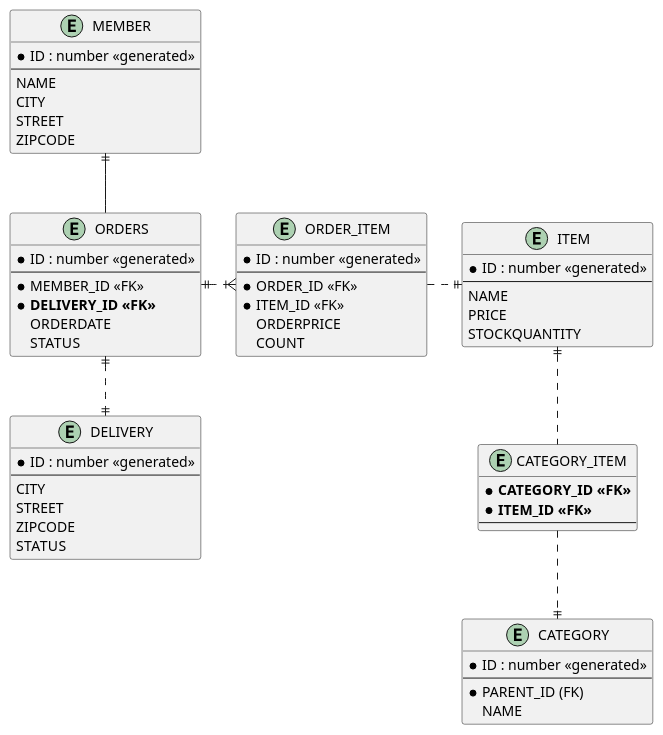
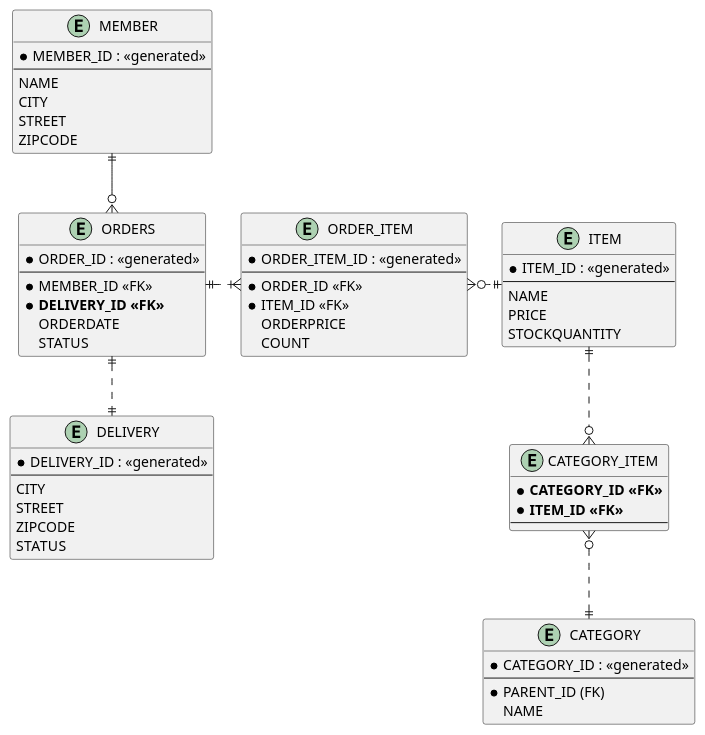
Before and after one commit to chulgil/jpastart: the diagram in ERD.puml, drawn with PlantUML. The commit also changed 3 other files, not shown here.

```diff
--- a/ERD.puml
+++ b/ERD.puml
@@ -1,66 +1,66 @@
 @startuml
 ENTITY MEMBER {
-    * ID : number <<generated>>
+    * MEMBER_ID : <<generated>>
     --
     NAME
     CITY
     STREET
     ZIPCODE
 }
 
 ENTITY ORDERS {
-    * ID : number <<generated>>
+    * ORDER_ID : <<generated>>
     --
     * MEMBER_ID <<FK>>
     * **DELIVERY_ID <<FK>>**
     ORDERDATE
     STATUS
 }
 
 ENTITY DELIVERY {
-    * ID : number <<generated>>
+    * DELIVERY_ID : <<generated>>
     --
     CITY
     STREET
     ZIPCODE
     STATUS
 }
 
 ENTITY ORDER_ITEM {
-    * ID : number <<generated>>
+    * ORDER_ITEM_ID : <<generated>>
     --
     * ORDER_ID <<FK>>
     * ITEM_ID <<FK>>
     ORDERPRICE
     COUNT
 }
 
 ENTITY ITEM {
-    * ID : number <<generated>>
+    * ITEM_ID : <<generated>>
     --
     NAME
     PRICE
     STOCKQUANTITY
 }
 
 ENTITY CATEGORY {
-    * ID : number <<generated>>
+    * CATEGORY_ID : <<generated>>
     --
     * PARENT_ID (FK)
     NAME
 }
 
 ENTITY CATEGORY_ITEM {
     * **CATEGORY_ID <<FK>>**
     * **ITEM_ID <<FK>>**
     --
 }
 
-MEMBER ||--O{ ORDERS
+MEMBER ||--o{ ORDERS
 ORDERS ||..|| DELIVERY
 ORDERS ||.|{ ORDER_ITEM
-ORDER_ITEM }O.|| ITEM
-ITEM ||..O{ CATEGORY_ITEM
-CATEGORY_ITEM }O..|| CATEGORY
+ORDER_ITEM }o.|| ITEM
+ITEM ||..o{ CATEGORY_ITEM
+CATEGORY_ITEM }o..|| CATEGORY
 
 @enduml
```
